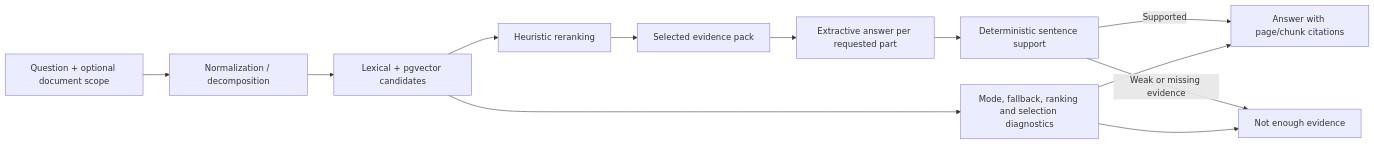
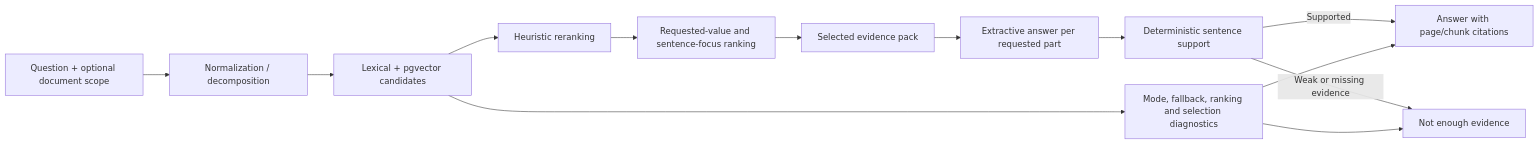
Before and after one commit to nigelcheong1/docintel-ai: the second of 2 diagrams in docs/architecture/system-overview.md, drawn with Mermaid. The commit also changed other lines of this file and 5 other files, not shown here.

````diff
--- a/docs/architecture/system-overview.md
+++ b/docs/architecture/system-overview.md
@@ -54,14 +54,15 @@
 ```mermaid
 flowchart LR
     Question[Question + optional document scope] --> Rewrite[Normalization / decomposition]
     Rewrite --> Retrieve[Lexical + pgvector candidates]
     Retrieve --> Rank[Heuristic reranking]
-    Rank --> Pack[Selected evidence pack]
+    Rank --> Span[Requested-value and sentence-focus ranking]
+    Span --> Pack[Selected evidence pack]
     Pack --> Draft[Extractive answer per requested part]
     Draft --> Verify[Deterministic sentence support]
     Verify -->|Supported| Answer[Answer with page/chunk citations]
     Verify -->|Weak or missing evidence| Abstain[Not enough evidence]
     Retrieve --> Diagnostics[Mode, fallback, ranking and selection diagnostics]
     Diagnostics --> Answer
     Diagnostics --> Abstain
 ```
````
